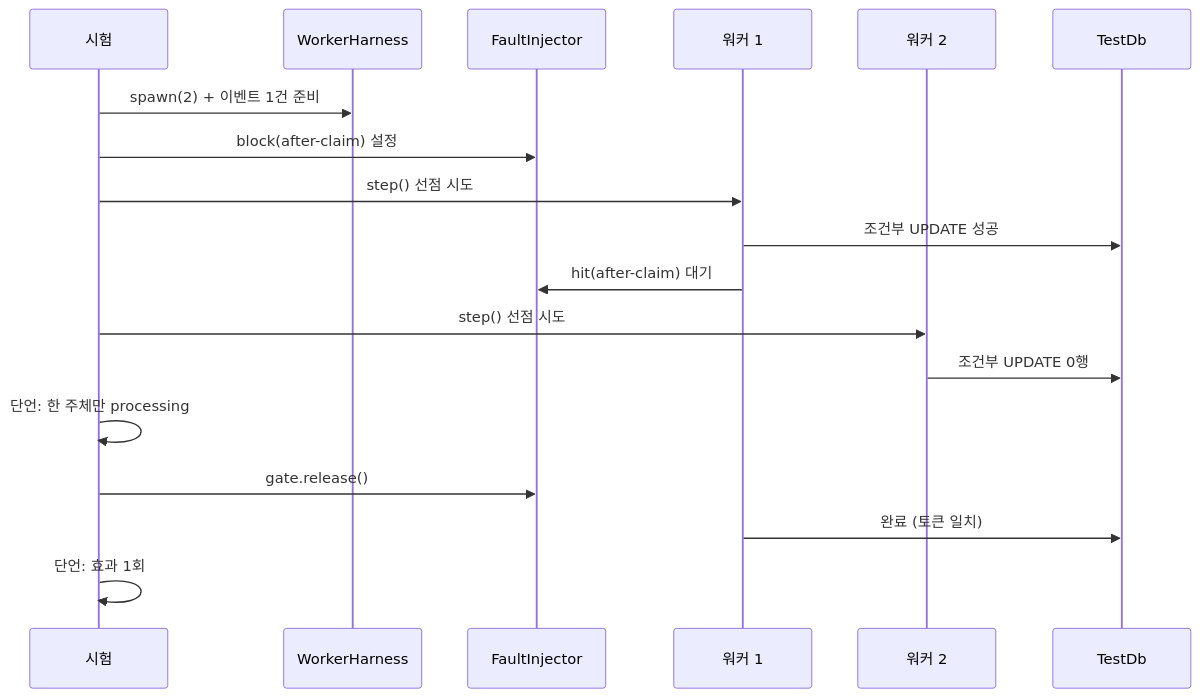
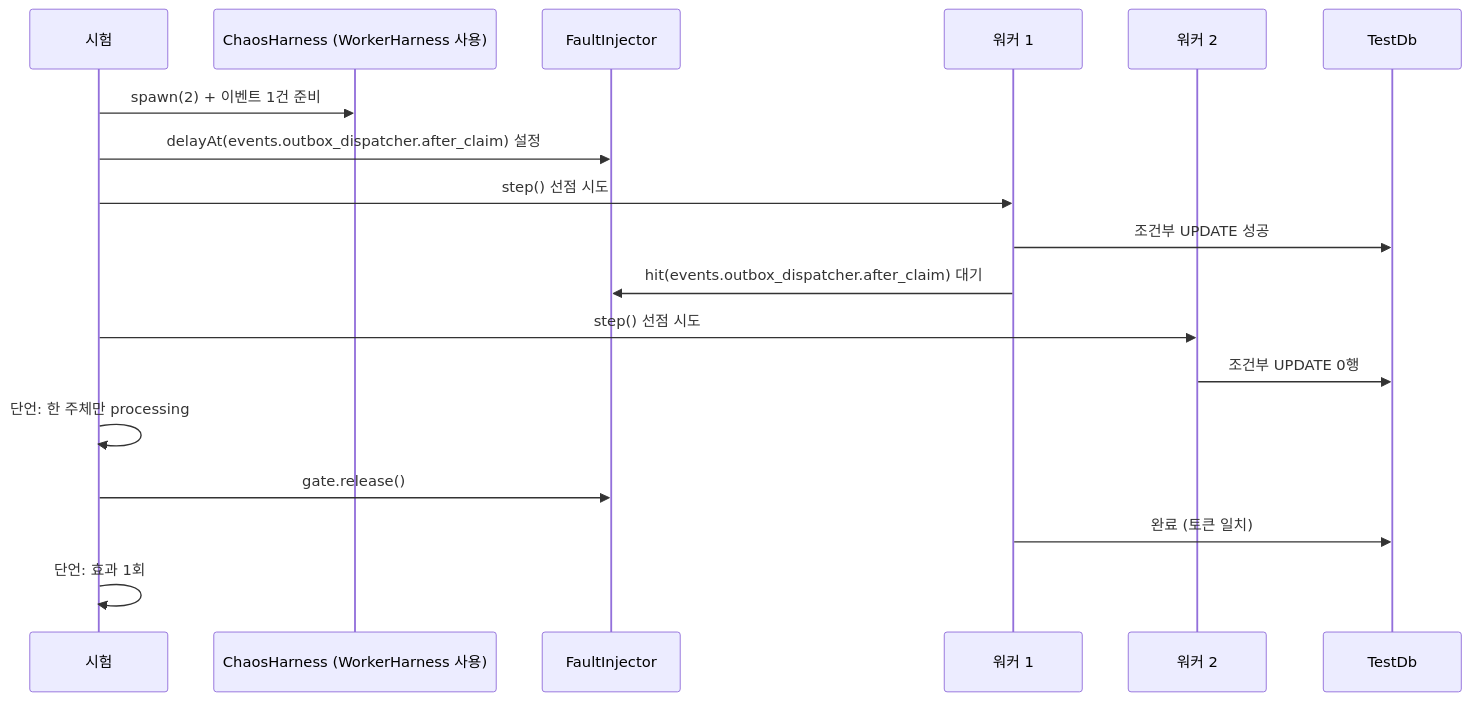
One commit to 1985jwlee/portpolio_backend changed diagram 30 of 33 in docs/design/features/16-cross-cutting.md. Above: the diagram before and after it, drawn with Mermaid. The commit also changed other lines of this file and 33 other files, not shown here.

````diff
--- a/docs/design/features/16-cross-cutting.md
+++ b/docs/design/features/16-cross-cutting.md
@@ -1466,20 +1496,20 @@
 ```mermaid
 sequenceDiagram
     participant T as 시험
-    participant H as WorkerHarness
+    participant H as ChaosHarness (WorkerHarness 사용)
     participant F as FaultInjector
     participant W1 as 워커 1
     participant W2 as 워커 2
     participant D as TestDb
     T->>H: spawn(2) + 이벤트 1건 준비
-    T->>F: block(after-claim) 설정
+    T->>F: delayAt(events.outbox_dispatcher.after_claim) 설정
     T->>W1: step() 선점 시도
     W1->>D: 조건부 UPDATE 성공
-    W1->>F: hit(after-claim) 대기
+    W1->>F: hit(events.outbox_dispatcher.after_claim) 대기
     T->>W2: step() 선점 시도
     W2->>D: 조건부 UPDATE 0행
     T->>T: 단언: 한 주체만 processing
     T->>F: gate.release()
     W1->>D: 완료 (토큰 일치)
     T->>T: 단언: 효과 1회
 ```
````
